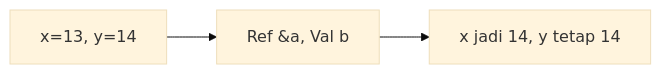
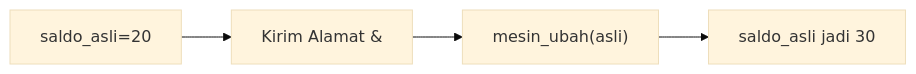
Diagram 16 of 25 in part-c-pemahaman-cpp/04-fungsi/latihan/set-10.md (amnahwaida/OSNK_INF_PREP), drawn with Mermaid (base theme) before and after one commit. The commit also changed other lines of this file and 71 other files, not shown here.

````diff
--- a/part-c-pemahaman-cpp/04-fungsi/latihan/set-10.md
+++ b/part-c-pemahaman-cpp/04-fungsi/latihan/set-10.md
@@ -418,5 +441,6 @@
 ```mermaid
 graph LR
-A["x=13, y=14"] --> B["Ref &a, Val b"]
-B --> C["x jadi 14, y tetap 14"]
+A["saldo_asli=20"] --> B["Kirim Alamat &"]
+B --> C["mesin_ubah(asli)"]
+C --> D["saldo_asli jadi 30"]
 ```
````
